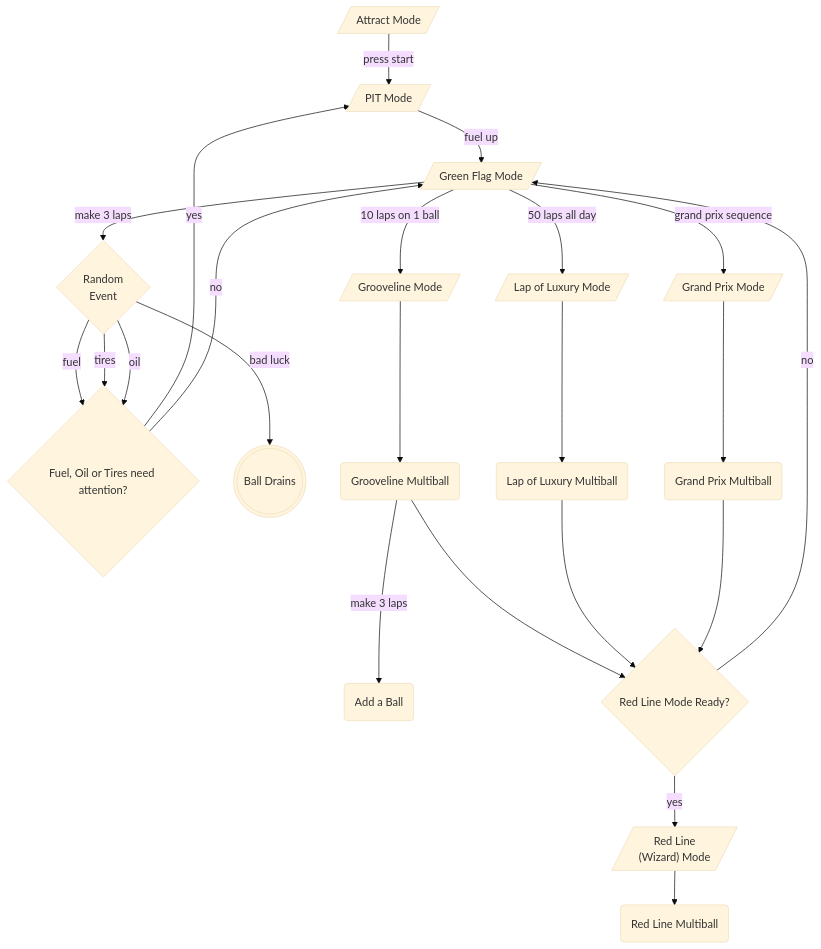
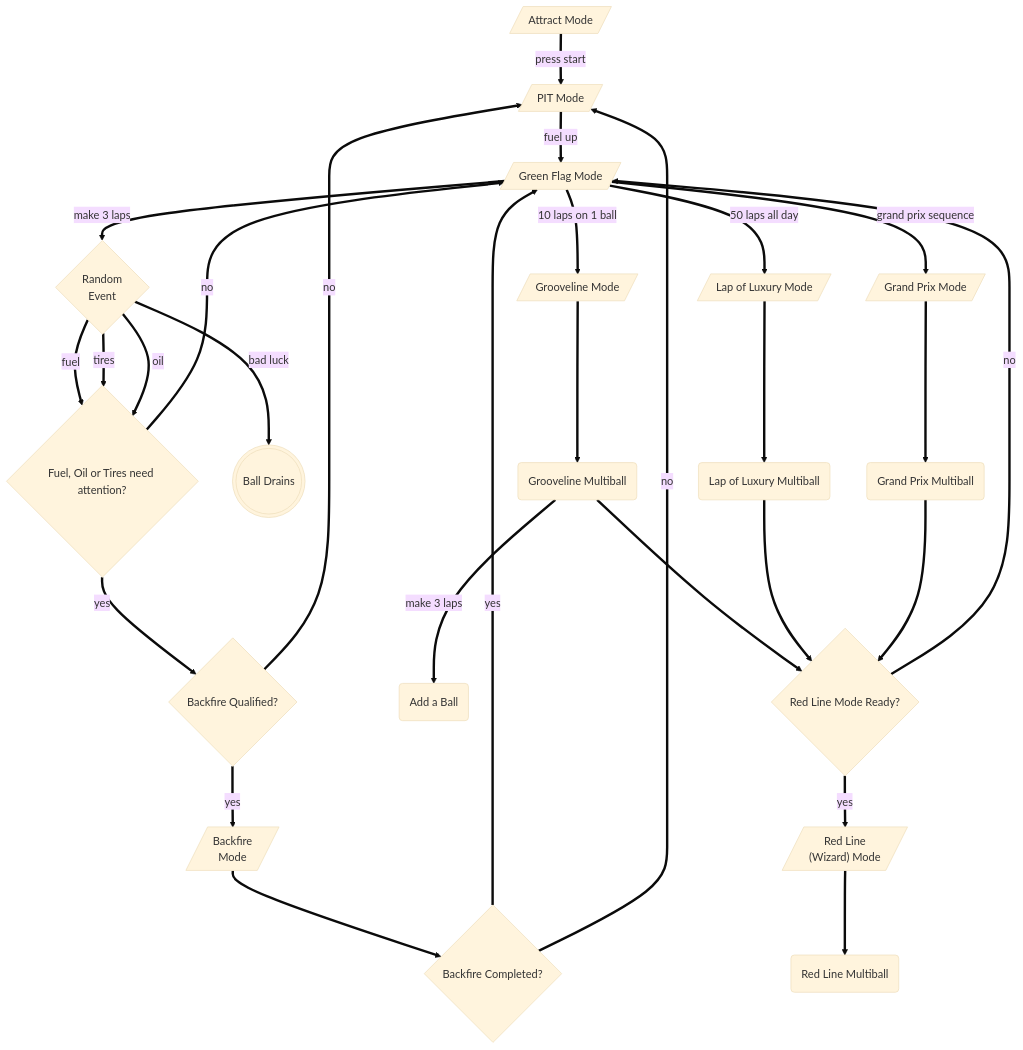
The diagram in README.md (deathsave/grand-prix), drawn with Mermaid (base theme) before and after one commit.

Commit message:
feat: update flow for backfire qualification

````diff
--- a/README.md
+++ b/README.md
@@ -25,27 +25,32 @@
 ```mermaid
 graph TD
-  ATTRACT[/"Attract Mode"/] -- press start --> PIT[/"PIT Mode"/]
-  PIT -- fuel up --> GREEN_FLAG[/"Green Flag Mode"/]
-  GREEN_FLAG -- make 3 laps --> RANDOM1{"Random<br>Event"}
-  GREEN_FLAG -- 10 laps on 1 ball --> GL_MODE[/"Grooveline Mode"/]
-  GREEN_FLAG -- 50 laps all day --> LUX_MODE[/"Lap of Luxury Mode"/]
-  GREEN_FLAG -- grand prix sequence --> GP_MODE[/"Grand Prix Mode"/]
-  RANDOM1 -- fuel -->
+  ATTRACT[/"Attract Mode"/] == press start ==> PIT[/"PIT Mode"/]
+  PIT == fuel up ==> GREEN_FLAG[/"Green Flag Mode"/]
+  GREEN_FLAG == make 3 laps ==> RANDOM1{"Random<br>Event"}
+  GREEN_FLAG == 10 laps on 1 ball ==> GL_MODE[/"Grooveline Mode"/]
+  GREEN_FLAG == 50 laps all day ==> LUX_MODE[/"Lap of Luxury Mode"/]
+  GREEN_FLAG == grand prix sequence ==> GP_MODE[/"Grand Prix Mode"/]
+  RANDOM1 == fuel ==>
     IS_NEED_PIT{"Fuel, Oil or Tires need attention?"}
-  RANDOM1 -- tires --> IS_NEED_PIT
-  RANDOM1 -- oil --> IS_NEED_PIT
-  RANDOM1 -- bad luck --> BALL_DRAINS((("Ball Drains")))
-  IS_NEED_PIT -- yes --> PIT
-  IS_NEED_PIT -- no --> GREEN_FLAG
-  GL_MODE --> GL_MULTI("Grooveline Multiball")
-  LUX_MODE --> LUX_MULTI("Lap of Luxury Multiball")
-  GP_MODE --> GP_MULTI("Grand Prix Multiball")
-  GL_MULTI -- make 3 laps --> GL_MULTI_ADD_BALL("Add a Ball")
-  GL_MULTI -->
+  RANDOM1 == tires ==> IS_NEED_PIT
+  RANDOM1 == oil ==> IS_NEED_PIT
+  RANDOM1 == bad luck ==> BALL_DRAINS((("Ball Drains")))
+  IS_NEED_PIT == yes ==> IS_BACKFIRE_QUALIFIED{"Backfire Qualified?"}
+  IS_BACKFIRE_QUALIFIED == yes ==> BACKFIRE_MODE[/"Backfire<br>Mode"/]
+  IS_BACKFIRE_QUALIFIED == no ==> PIT
+  BACKFIRE_MODE ==> IS_BACKFIRE_COMPLETED{"Backfire Completed?"}
+  IS_BACKFIRE_COMPLETED == yes ==> GREEN_FLAG
+  IS_BACKFIRE_COMPLETED == no ==> PIT
+  IS_NEED_PIT == no ==> GREEN_FLAG
+  GL_MODE ==> GL_MULTI("Grooveline Multiball")
+  LUX_MODE ==> LUX_MULTI("Lap of Luxury Multiball")
+  GP_MODE ==> GP_MULTI("Grand Prix Multiball")
+  GL_MULTI == make 3 laps ==> GL_MULTI_ADD_BALL("Add a Ball")
+  GL_MULTI ==>
       IS_RF_MODE_READY{"Red Line Mode Ready?"}
-  LUX_MULTI --> IS_RF_MODE_READY
-  GP_MULTI --> IS_RF_MODE_READY
-  IS_RF_MODE_READY -- yes --> RF_MODE[/"Red Line<br>(Wizard) Mode"/]
-  IS_RF_MODE_READY -- no --> GREEN_FLAG
-  RF_MODE --> RF_MULTI("Red Line Multiball")
+  LUX_MULTI ==> IS_RF_MODE_READY
+  GP_MULTI ==> IS_RF_MODE_READY
+  IS_RF_MODE_READY == yes ==> RF_MODE[/"Red Line<br>(Wizard) Mode"/]
+  IS_RF_MODE_READY == no ==> GREEN_FLAG
+  RF_MODE ==> RF_MULTI("Red Line Multiball")
 ```
````
